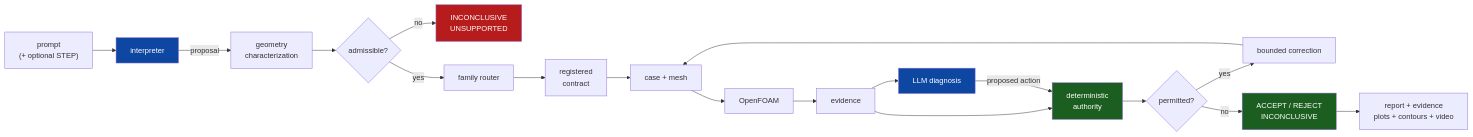
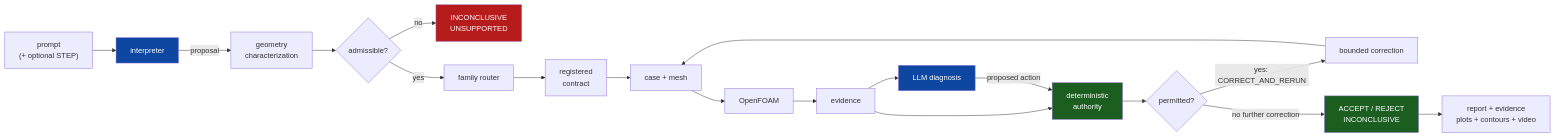
Before and after one commit to aakashoza31/physics-constrained-cfd-agent: the diagram in README.md, drawn with Mermaid. The commit also changed other lines of this file and 262 other files, not shown here.

````diff
--- a/README.md
+++ b/README.md
@@ -18,25 +32,25 @@
 ```mermaid
 flowchart LR
     A["prompt<br/>(+ optional STEP)"] --> B[interpreter]
     B -->|proposal| C[geometry<br/>characterization]
     C --> D{admissible?}
     D -->|no| X["INCONCLUSIVE<br/>UNSUPPORTED"]
     D -->|yes| E[family router]
     E --> F[registered<br/>contract]
     F --> G[case + mesh]
     G --> H[OpenFOAM]
     H --> I[evidence]
     I --> J[LLM diagnosis]
     I --> K[deterministic<br/>authority]
     J -->|proposed action| K
     K --> L{permitted?}
-    L -->|yes| M[bounded correction] --> G
-    L -->|no| N["ACCEPT / REJECT<br/>INCONCLUSIVE"]
+    L -->|"yes: CORRECT_AND_RERUN"| M[bounded correction] --> G
+    L -->|no further correction| N["ACCEPT / REJECT<br/>INCONCLUSIVE"]
     N --> O["report + evidence<br/>plots + contours + video"]
 
     style B fill:#0d47a1,color:#fff
     style J fill:#0d47a1,color:#fff
     style K fill:#1b5e20,color:#fff
     style N fill:#1b5e20,color:#fff
     style X fill:#b71c1c,color:#fff
 ```
````
